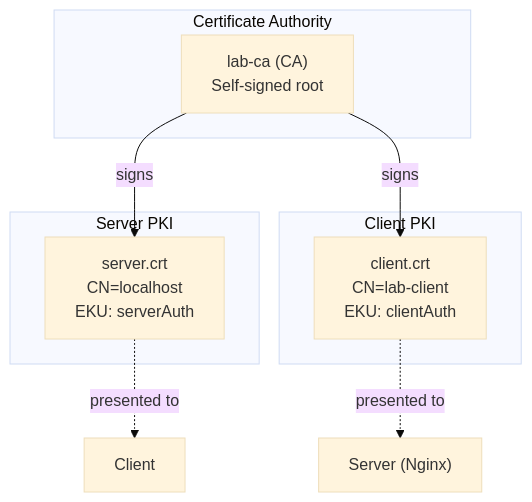
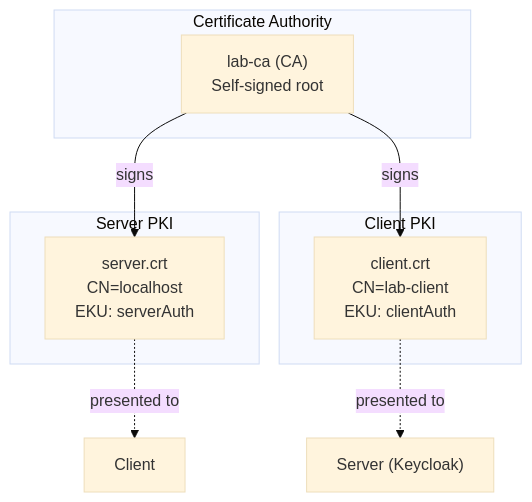
The fourth of 5 diagrams in explorations/keycloak-dpop-mtls-lab/docs/dpop_mtls_diagrams.md (gdplabs/gl-iam-cookbook), drawn with Mermaid (base theme) before and after one commit. The commit also changed other lines of this file and 8 other files, not shown here.

````diff
--- a/explorations/keycloak-dpop-mtls-lab/docs/dpop_mtls_diagrams.md
+++ b/explorations/keycloak-dpop-mtls-lab/docs/dpop_mtls_diagrams.md
@@ -108,20 +104,20 @@
 ```mermaid
 graph TB
     subgraph "Certificate Authority"
         CA["lab-ca (CA)<br/>Self-signed root"]
     end
 
     subgraph "Server PKI"
         SC["server.crt<br/>CN=localhost<br/>EKU: serverAuth"]
     end
 
     subgraph "Client PKI"
         CC["client.crt<br/>CN=lab-client<br/>EKU: clientAuth"]
     end
 
     CA -->|signs| SC
     CA -->|signs| CC
 
     SC -.->|"presented to"| Client2["Client"]
-    CC -.->|"presented to"| Server["Server (Nginx)"]
+    CC -.->|"presented to"| Server["Server (Keycloak)"]
 ```
````
